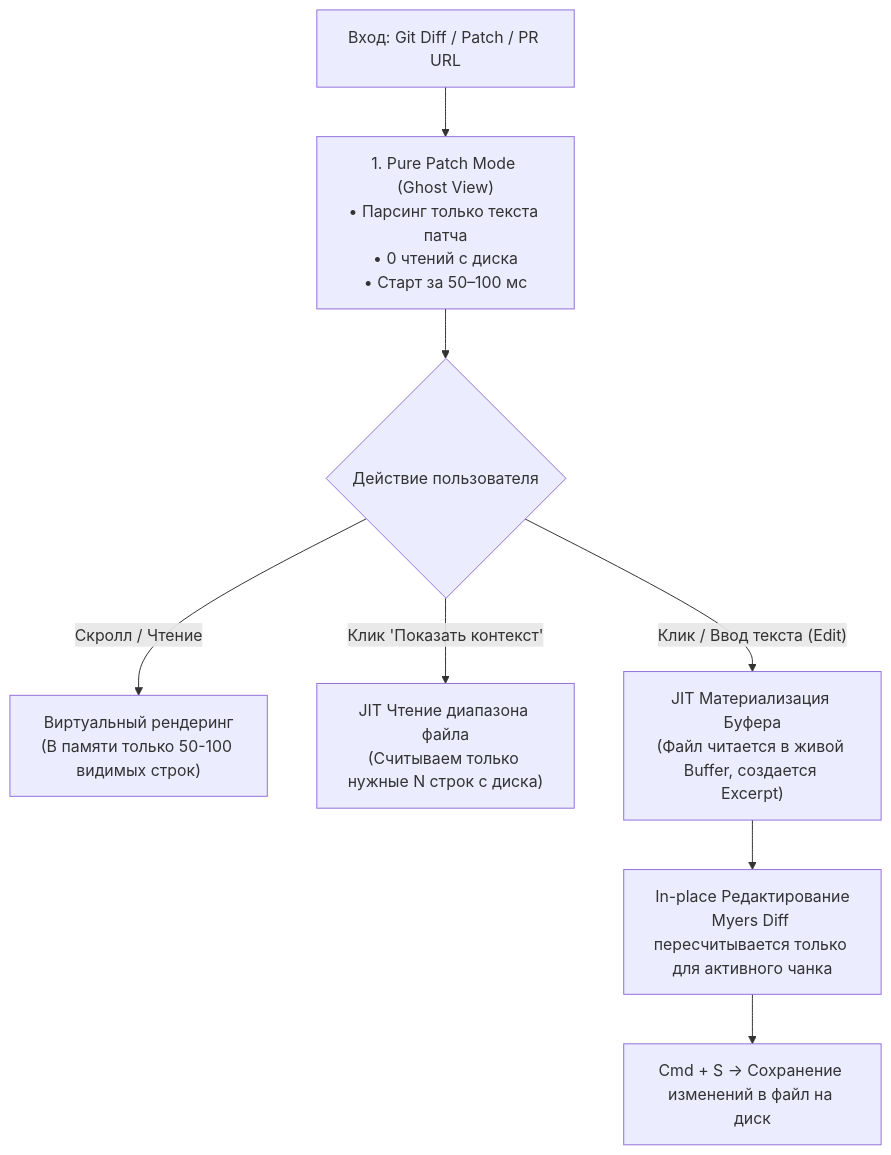
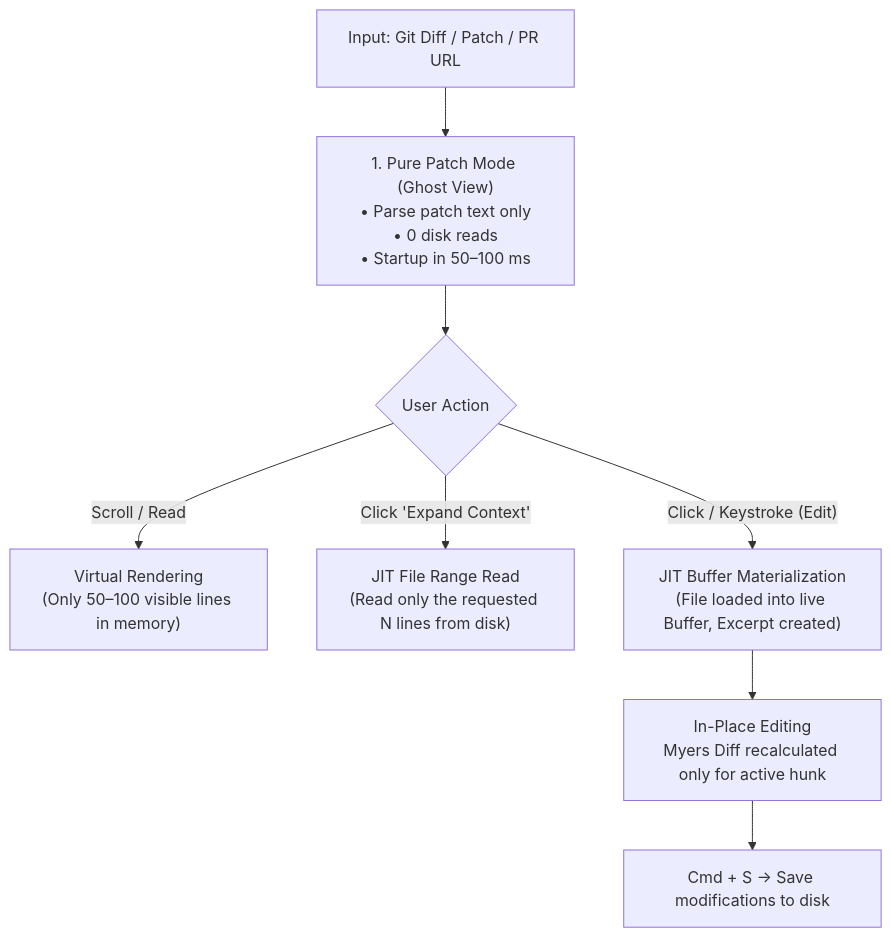
One commit to vipmax/anydiff changed the diagram in LAZY_DIFF_CONCEPT.md. Above: the diagram before and after it, drawn with Mermaid. The commit also changed other lines of this file and 6 other files, not shown here.

````diff
--- a/LAZY_DIFF_CONCEPT.md
+++ b/LAZY_DIFF_CONCEPT.md
@@ -25,10 +25,10 @@
 ```mermaid
 flowchart TD
-    A["Вход: Git Diff / Patch / PR URL"] --> B["1. Pure Patch Mode (Ghost View)\n• Парсинг только текста патча\n• 0 чтений с диска\n• Старт за 50–100 мс"]
-    B --> C{"Действие пользователя"}
-    C -->|"Скролл / Чтение"| D["Виртуальный рендеринг\n(В памяти только 50-100 видимых строк)"]
-    C -->|"Клик 'Показать контекст'"| E["JIT Чтение диапазона файла\n(Считываем только нужные N строк с диска)"]
-    C -->|"Клик / Ввод текста (Edit)"| F["JIT Материализация Буфера\n(Файл читается в живой Buffer, создается Excerpt)"]
-    F --> G["In-place Редактирование\nMyers Diff пересчитывается только для активного чанка"]
-    G --> H["Cmd + S -> Сохранение изменений в файл на диск"]
+    A["Input: Git Diff / Patch / PR URL"] --> B["1. Pure Patch Mode (Ghost View)\n• Parse patch text only\n• 0 disk reads\n• Startup in 50–100 ms"]
+    B --> C{"User Action"}
+    C -->|"Scroll / Read"| D["Virtual Rendering\n(Only 50–100 visible lines in memory)"]
+    C -->|"Click 'Expand Context'"| E["JIT File Range Read\n(Read only the requested N lines from disk)"]
+    C -->|"Click / Keystroke (Edit)"| F["JIT Buffer Materialization\n(File loaded into live Buffer, Excerpt created)"]
+    F --> G["In-Place Editing\nMyers Diff recalculated only for active hunk"]
+    G --> H["Cmd + S -> Save modifications to disk"]
 ```
````
